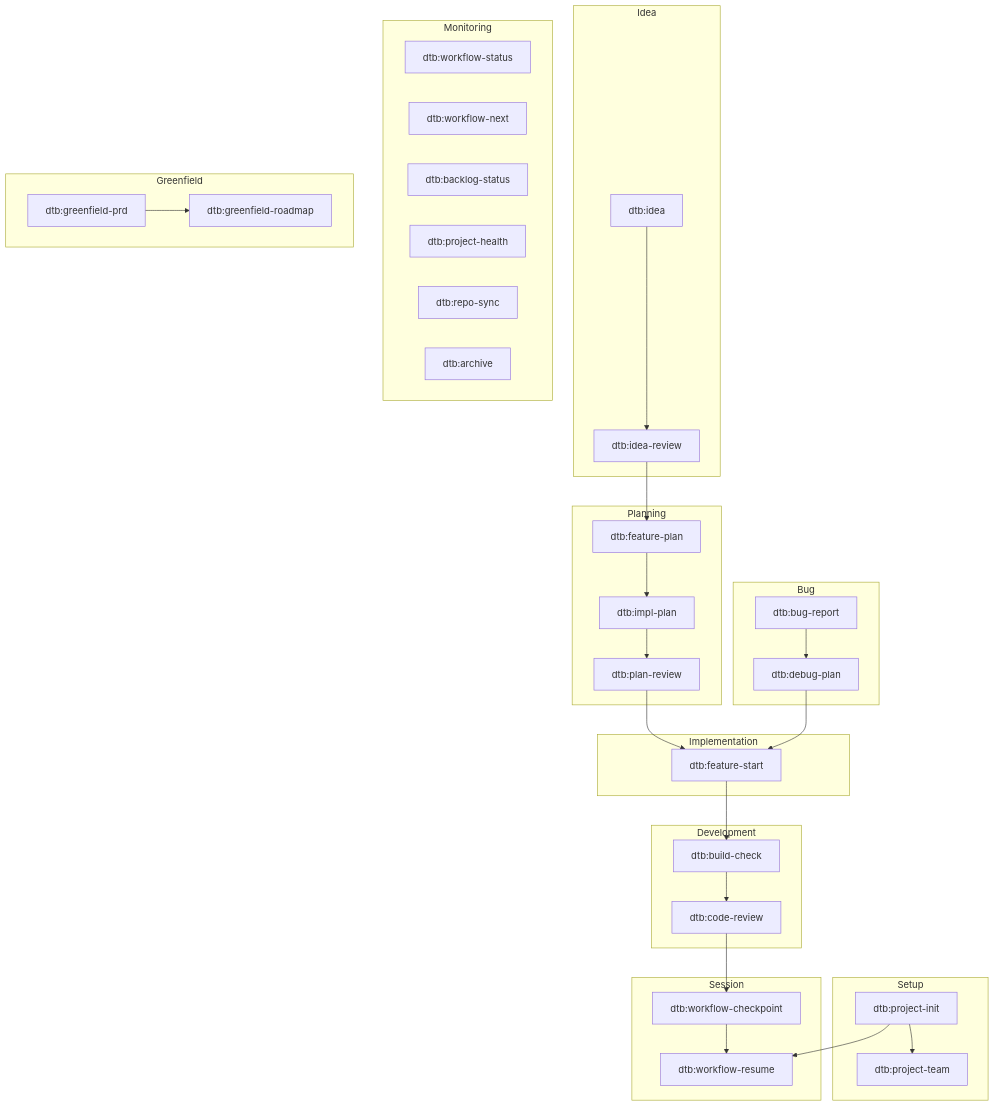
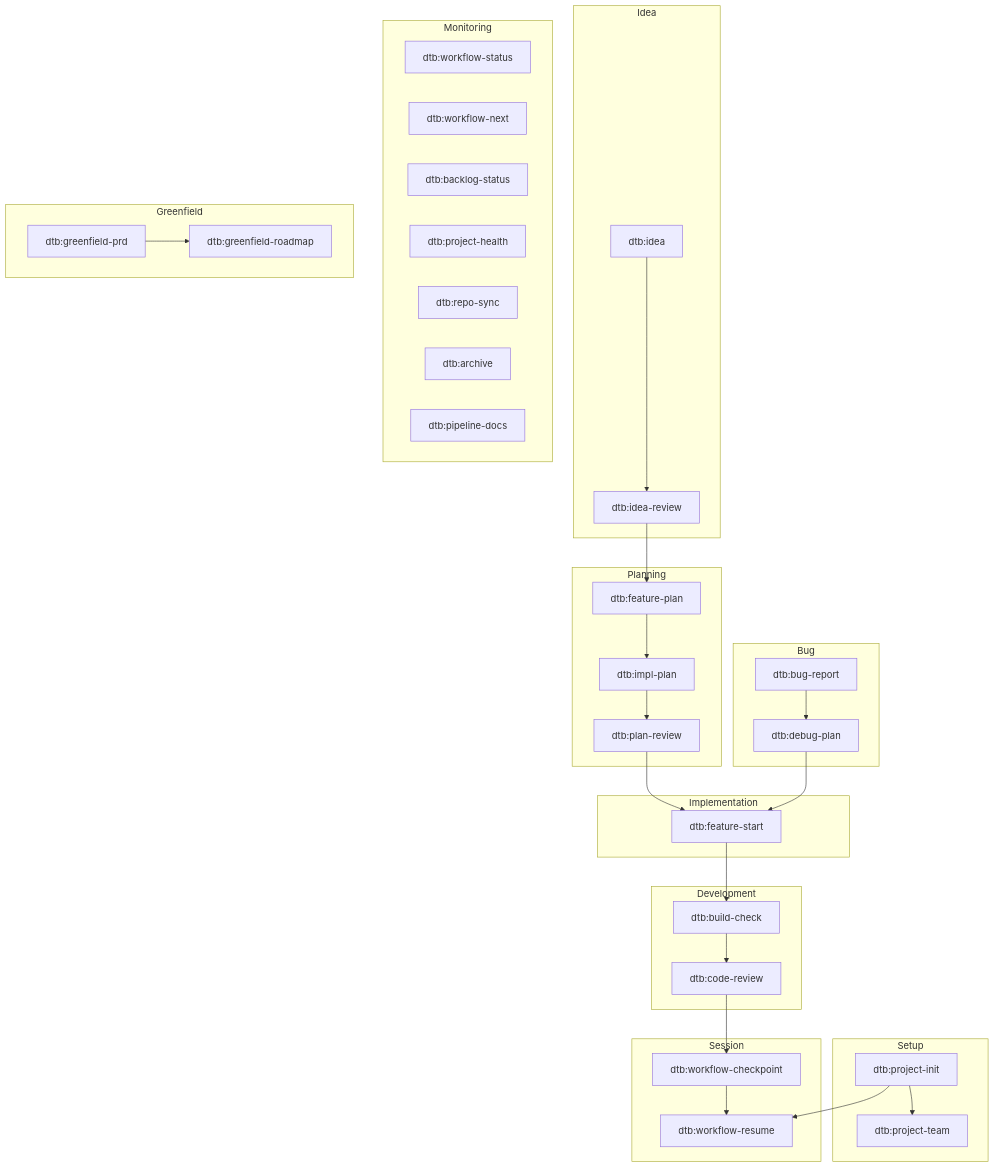
Before and after one commit to spyrad/claude-code-workflow-kit: the diagram in claude-code-workflow-kit.md, drawn with Mermaid. The commit also changed other lines of this file and 1 other file, not shown here.

Commit message:
Add dtb:pipeline-docs to README and pipeline overview

````diff
--- a/claude-code-workflow-kit.md
+++ b/claude-code-workflow-kit.md
@@ -7,69 +7,70 @@
 ```mermaid
 flowchart TD
     subgraph SETUP["Setup"]
         init["dtb:project-init"]
         team["dtb:project-team"]
     end
 
     subgraph IDEA["Idea"]
         idea["dtb:idea"]
         review["dtb:idea-review"]
     end
 
     subgraph BUG["Bug"]
         bugreport["dtb:bug-report"]
         debugplan["dtb:debug-plan"]
     end
 
     subgraph PLANNING["Planning"]
         fplan["dtb:feature-plan"]
         iplan["dtb:impl-plan"]
         preview["dtb:plan-review"]
     end
 
     subgraph IMPL["Implementation"]
         fstart["dtb:feature-start"]
     end
 
     subgraph DEV["Development"]
         build["dtb:build-check"]
         codereview["dtb:code-review"]
     end
 
     subgraph SESSION["Session"]
         checkpoint["dtb:workflow-checkpoint"]
         resume["dtb:workflow-resume"]
     end
 
     subgraph MONITORING["Monitoring"]
         wstatus["dtb:workflow-status"]
         wnext["dtb:workflow-next"]
         bstatus["dtb:backlog-status"]
         health["dtb:project-health"]
         rsync["dtb:repo-sync"]
         archive["dtb:archive"]
+        pdocs["dtb:pipeline-docs"]
     end
 
     subgraph GREENFIELD["Greenfield"]
         prd["dtb:greenfield-prd"]
         roadmap["dtb:greenfield-roadmap"]
     end
 
     %% Feature Pipeline
     init --> resume
     init --> team
     idea --> review
     review --> fplan
     fplan --> iplan
     iplan --> preview
     preview --> fstart
     fstart --> build
     build --> codereview
     codereview --> checkpoint
     checkpoint --> resume
     prd --> roadmap
 
     %% Bug Pipeline
     bugreport --> debugplan
     debugplan --> fstart
 ```
````
